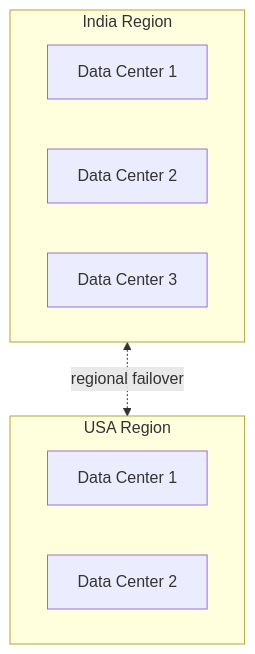
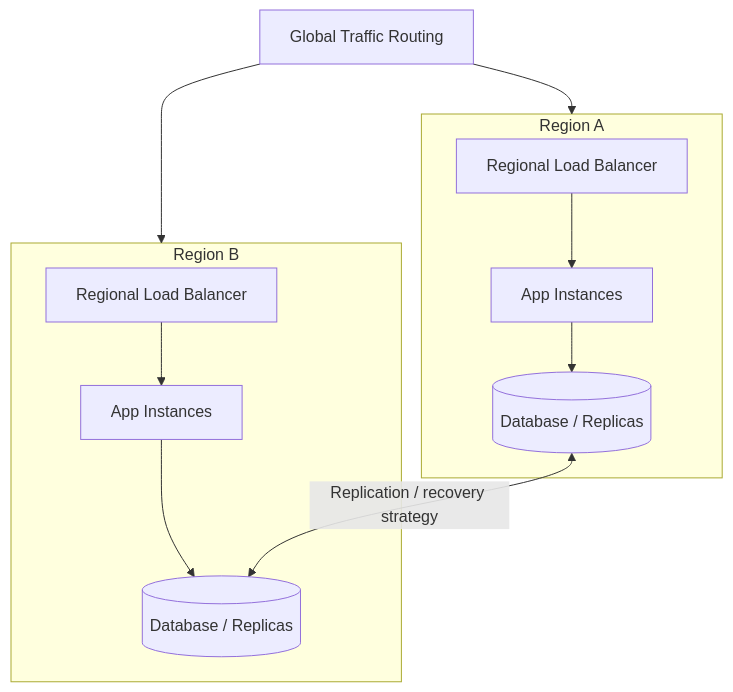
Before and after one commit to HARRISAMIN432/system-design-hld: the tenth of 18 diagrams in 07_scaling_application_from_one_to_million_users/README.md, drawn with Mermaid. The commit also changed other lines of this file and 11 other files, not shown here.

````diff
--- a/07_scaling_application_from_one_to_million_users/README.md
+++ b/07_scaling_application_from_one_to_million_users/README.md
@@ -287,13 +888,23 @@
 ```mermaid
 flowchart TB
-    subgraph India["India Region"]
-        I1["Data Center 1"]
-        I2["Data Center 2"]
-        I3["Data Center 3"]
+    G["Global Traffic Routing"] --> R1
+    G --> R2
+
+    subgraph R1["Region A"]
+        LB1["Regional Load Balancer"]
+        A1["App Instances"]
+        D1[("Database / Replicas")]
+        LB1 --> A1
+        A1 --> D1
     end
-    subgraph USA["USA Region"]
-        U1["Data Center 1"]
-        U2["Data Center 2"]
+
+    subgraph R2["Region B"]
+        LB2["Regional Load Balancer"]
+        A2["App Instances"]
+        D2[("Database / Replicas")]
+        LB2 --> A2
+        A2 --> D2
     end
-    India <-. "regional failover" .-> USA
+
+    D1 <-->|"Replication / recovery strategy"| D2
 ```
````
